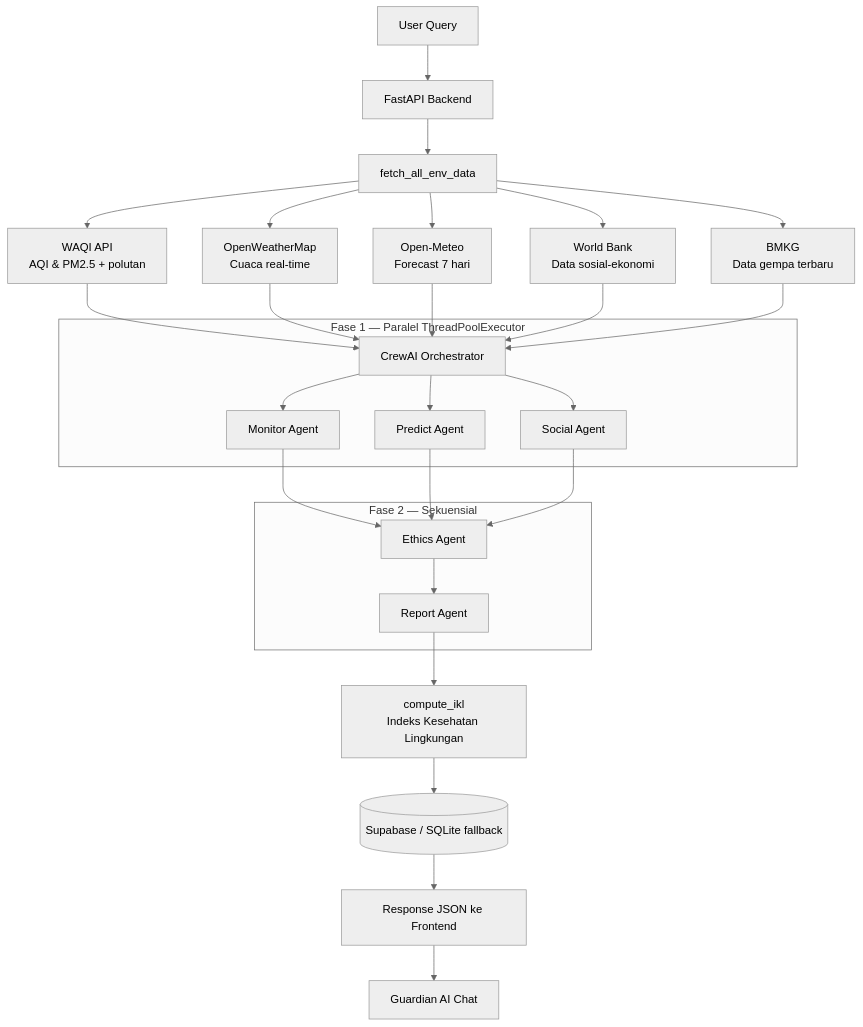
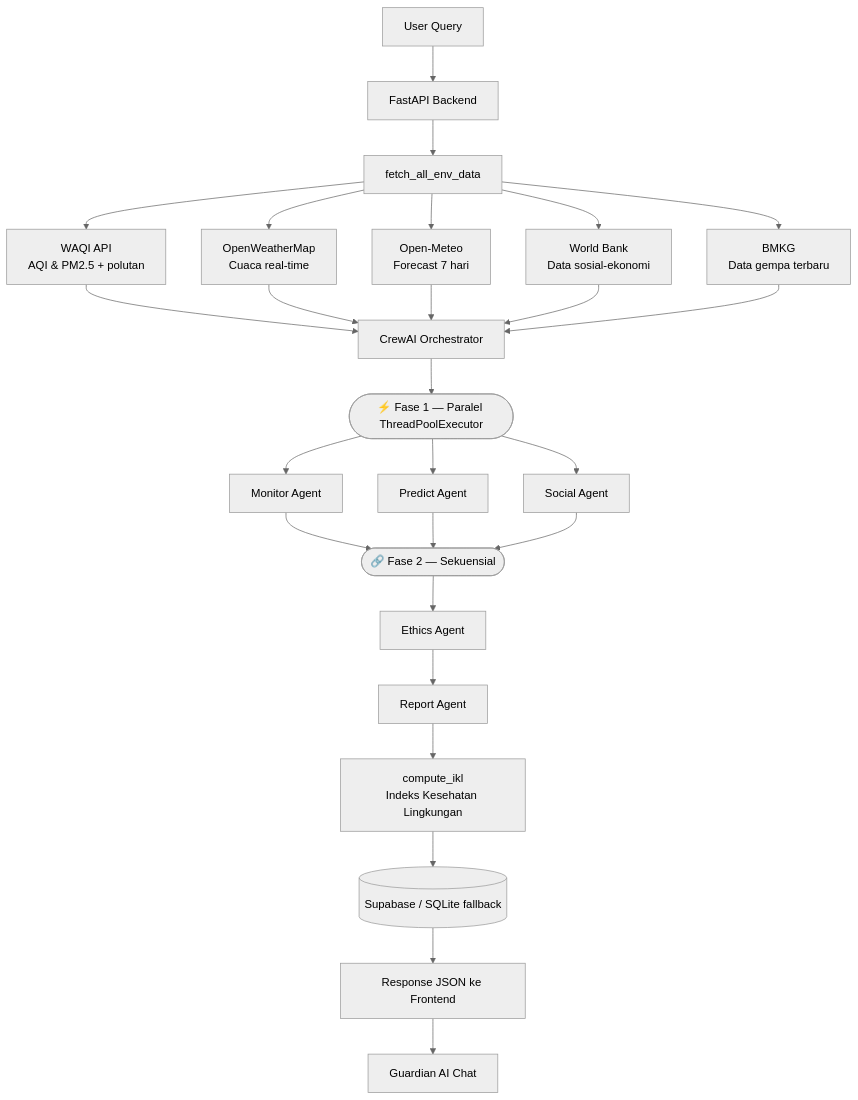
Before and after one commit to caseyshalom/EverGreen-AI: the diagram in README.md, drawn with Mermaid (neutral theme).

````diff
--- a/README.md
+++ b/README.md
@@ -32,29 +32,27 @@
 ```mermaid
 flowchart TD
     A[User Query] --> B[FastAPI Backend]
     B --> C[fetch_all_env_data]
 
     C --> C1[WAQI API\nAQI & PM2.5 + polutan]
     C --> C2[OpenWeatherMap\nCuaca real-time]
     C --> C3[Open-Meteo\nForecast 7 hari]
     C --> C4[World Bank\nData sosial-ekonomi]
     C --> C5[BMKG\nData gempa terbaru]
 
     C1 & C2 & C3 & C4 & C5 --> D[CrewAI Orchestrator]
 
-    subgraph Fase1 [Fase 1 — Paralel ThreadPoolExecutor]
-        D --> E1[Monitor Agent]
-        D --> E2[Predict Agent]
-        D --> E3[Social Agent]
-    end
+    D --> LABEL1([⚡ Fase 1 — Paralel ThreadPoolExecutor])
+    LABEL1 --> E1[Monitor Agent]
+    LABEL1 --> E2[Predict Agent]
+    LABEL1 --> E3[Social Agent]
 
-    subgraph Fase2 [Fase 2 — Sekuensial]
-        E1 & E2 & E3 --> E4[Ethics Agent]
-        E4 --> E5[Report Agent]
-    end
+    E1 & E2 & E3 --> LABEL2([🔗 Fase 2 — Sekuensial])
+    LABEL2 --> E4[Ethics Agent]
+    E4 --> E5[Report Agent]
 
     E5 --> F[compute_ikl\nIndeks Kesehatan Lingkungan]
     F --> G[(Supabase / SQLite fallback)]
     G --> H[Response JSON ke Frontend]
     H --> I[Guardian AI Chat]
 ```
````
